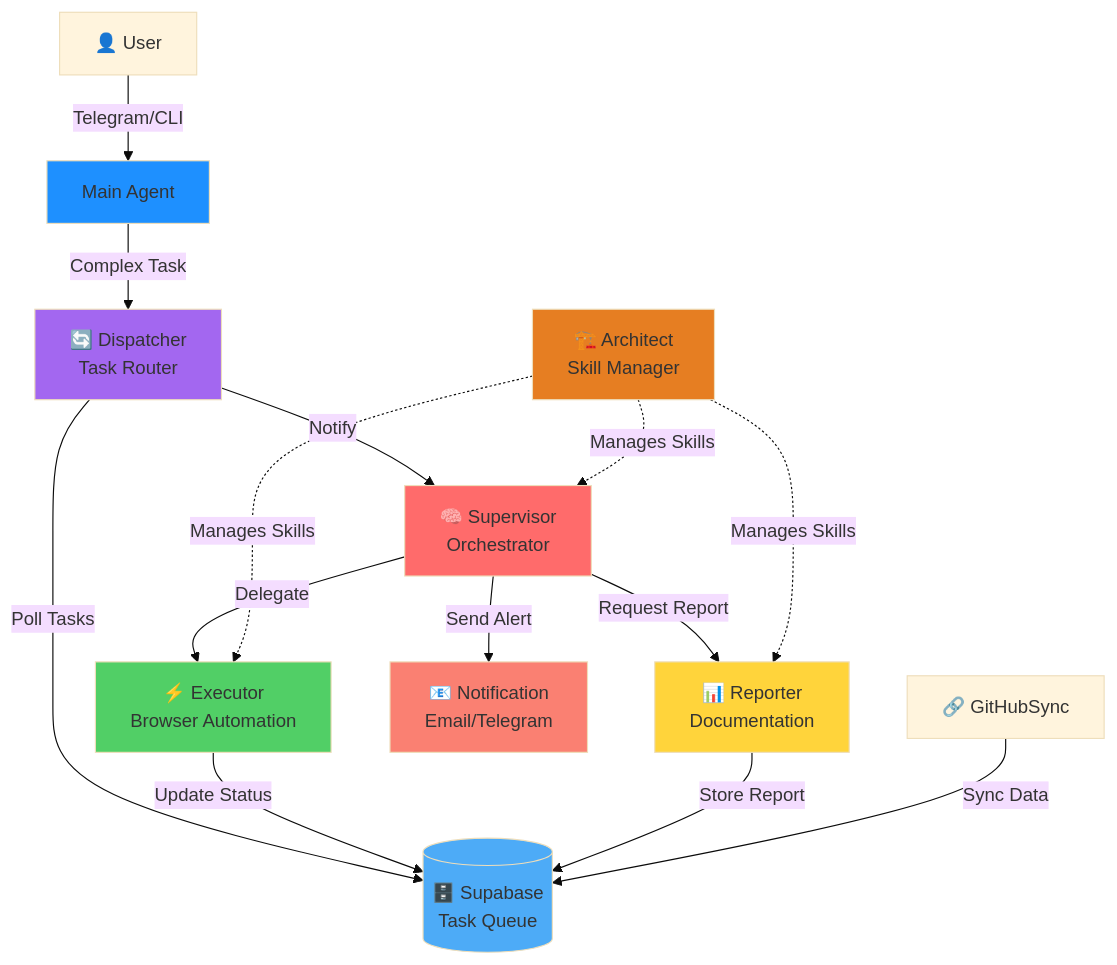
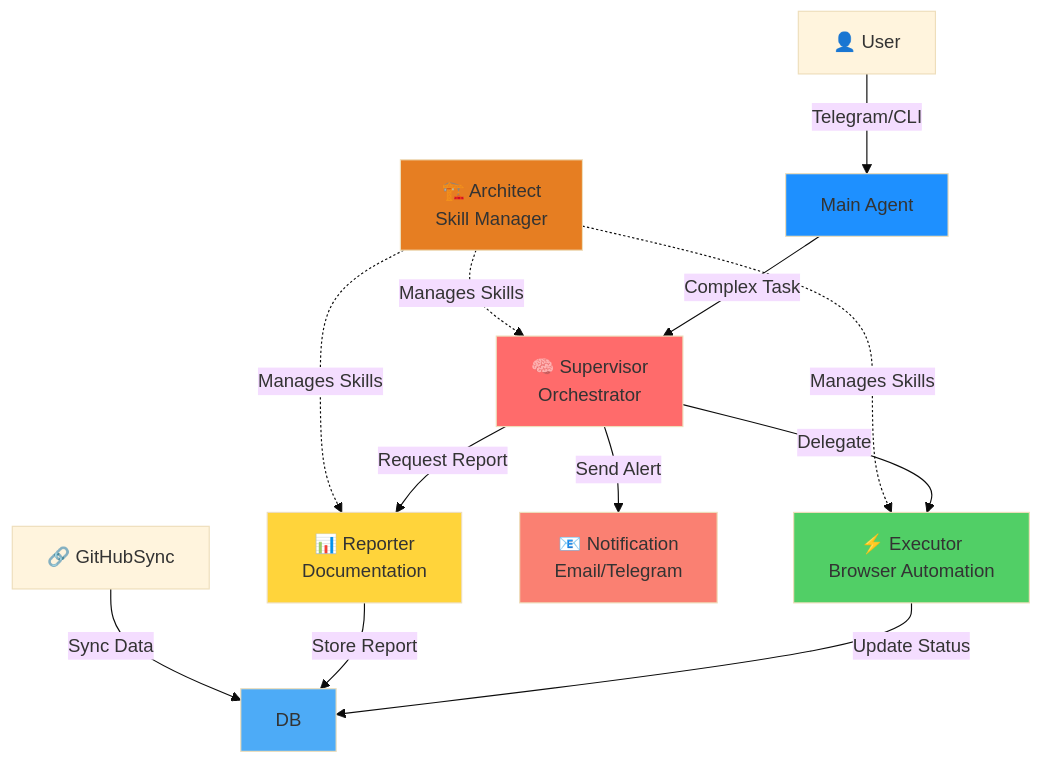
Before and after one commit to abhishekibr2/openclaw: the diagram in README.md, drawn with Mermaid (base theme). The commit also changed other lines of this file and 93 other files, not shown here.

`````diff
--- a/README.md
+++ b/README.md
@@ -25,30 +25,26 @@
 ````mermaid
 graph TD
     User[👤 User] -->|Telegram/CLI| Main[Main Agent]
-    Main -->|Complex Task| Dispatcher[🔄 Dispatcher<br/>Task Router]
-    
-    Dispatcher -->|Poll Tasks| DB[(🗄️ Supabase<br/>Task Queue)]
-    Dispatcher -->|Notify| Supervisor[🧠 Supervisor<br/>Orchestrator]
+    Main -->|Complex Task| Supervisor[🧠 Supervisor<br/>Orchestrator]
     
     Supervisor -->|Delegate| Executor[⚡ Executor<br/>Browser Automation]
     Supervisor -->|Request Report| Reporter[📊 Reporter<br/>Documentation]
     Supervisor -->|Send Alert| Notification[📧 Notification<br/>Email/Telegram]
     
     Executor -->|Update Status| DB
     Reporter -->|Store Report| DB
     
     Architect[🏗️ Architect<br/>Skill Manager] -.->|Manages Skills| Supervisor
     Architect -.->|Manages Skills| Executor
     Architect -.->|Manages Skills| Reporter
     
     GitHubSync[🔗 GitHubSync] -->|Sync Data| DB
     
     style Main fill:#1e90ff
     style Supervisor fill:#ff6b6b
     style Executor fill:#51cf66
     style Reporter fill:#ffd43b
-    style Dispatcher fill:#a367f0
     style Notification fill:#fa8072
     style Architect fill:#e67e22
     style DB fill:#4dabf7
 ````
`````
